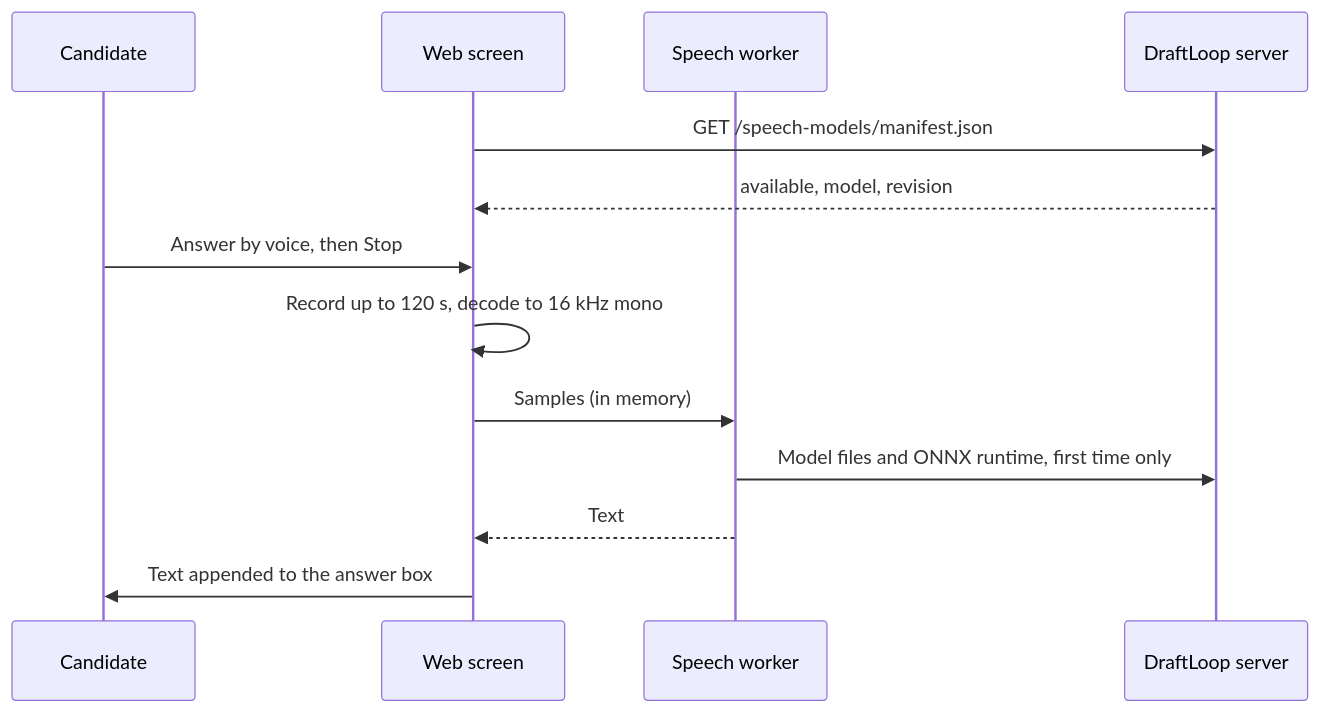
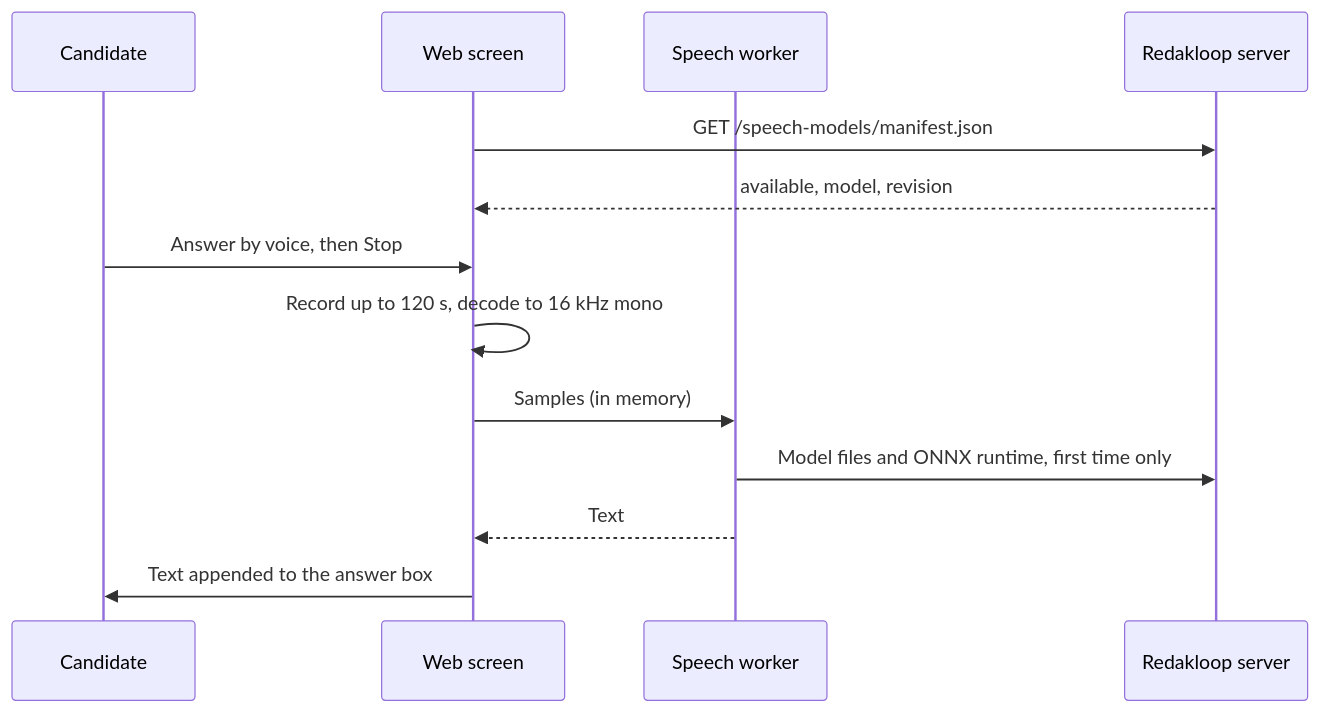
The first of 2 diagrams in docs/reference/voice-input.md (akoita/draft-loop), drawn with Mermaid before and after one commit. The commit also changed other lines of this file and 319 other files, not shown here.

````diff
--- a/docs/reference/voice-input.md
+++ b/docs/reference/voice-input.md
@@ -21,15 +21,15 @@
 ```mermaid
 sequenceDiagram
   participant C as Candidate
   participant P as Web screen
   participant W as Speech worker
-  participant S as DraftLoop server
+  participant S as Redakloop server
   P->>S: GET /speech-models/manifest.json
   S-->>P: available, model, revision
   C->>P: Answer by voice, then Stop
   P->>P: Record up to 120 s, decode to 16 kHz mono
   P->>W: Samples (in memory)
   W->>S: Model files and ONNX runtime, first time only
   W-->>P: Text
   P->>C: Text appended to the answer box
 ```
````
